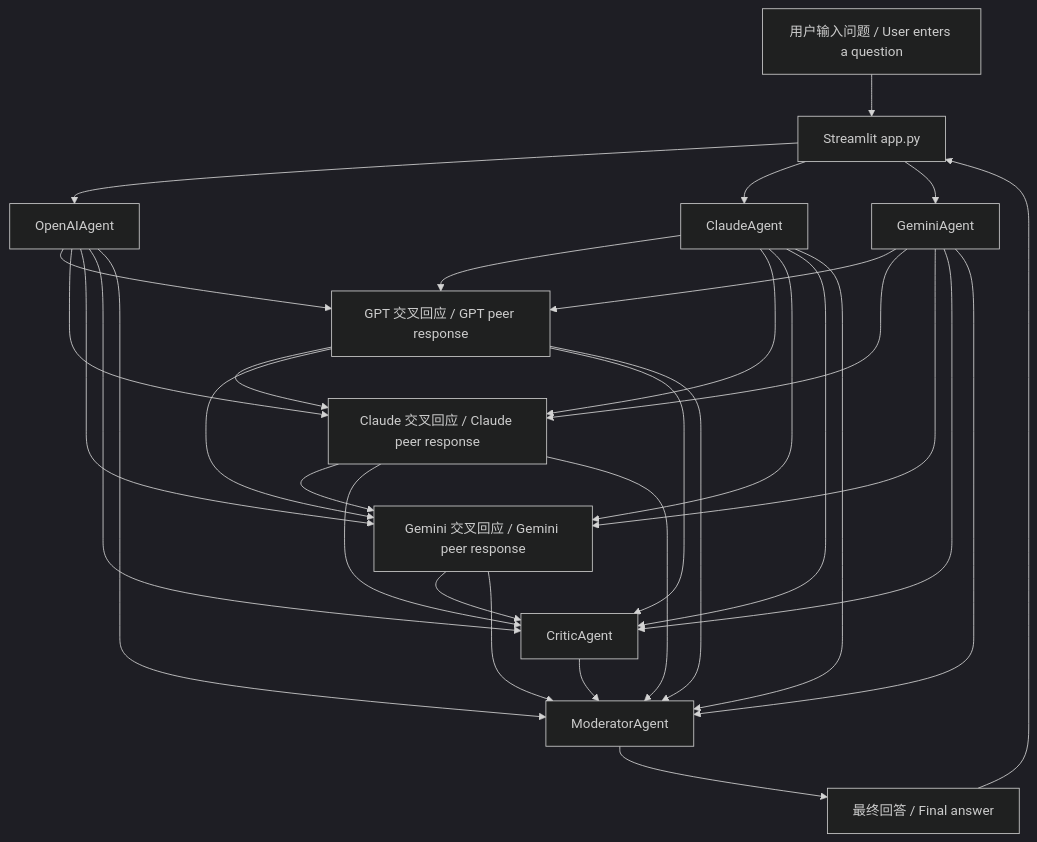
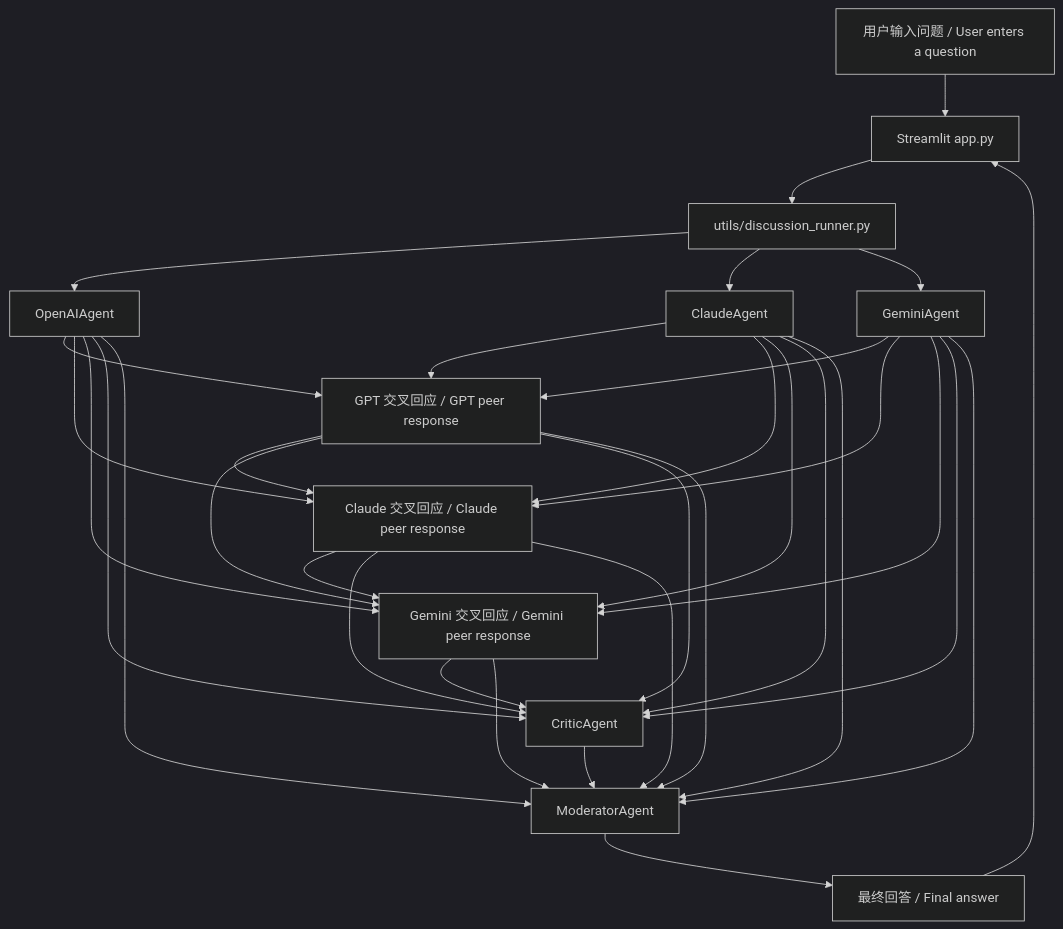
One commit to ZihanWG/multi-ai-room changed the diagram in docs/ARCHITECTURE.md. Above: the diagram before and after it, drawn with Mermaid (dark theme). The commit also changed other lines of this file and 23 other files, not shown here.

````diff
--- a/docs/ARCHITECTURE.md
+++ b/docs/ARCHITECTURE.md
@@ -16,34 +18,35 @@
 ```mermaid
 flowchart TD
     User["用户输入问题 / User enters a question"] --> UI["Streamlit app.py"]
-    UI --> GPT["OpenAIAgent"]
-    UI --> Claude["ClaudeAgent"]
-    UI --> Gemini["GeminiAgent"]
+    UI --> Runner["utils/discussion_runner.py"]
+    Runner --> GPT["OpenAIAgent"]
+    Runner --> Claude["ClaudeAgent"]
+    Runner --> Gemini["GeminiAgent"]
     GPT --> GPTRound["GPT 交叉回应 / GPT peer response"]
     Claude --> GPTRound
     Gemini --> GPTRound
     GPT --> ClaudeRound["Claude 交叉回应 / Claude peer response"]
     Claude --> ClaudeRound
     Gemini --> ClaudeRound
     GPTRound --> ClaudeRound
     GPT --> GeminiRound["Gemini 交叉回应 / Gemini peer response"]
     Claude --> GeminiRound
     Gemini --> GeminiRound
     GPTRound --> GeminiRound
     ClaudeRound --> GeminiRound
     GPT --> Critic["CriticAgent"]
     Claude --> Critic
     Gemini --> Critic
     GPTRound --> Critic
     ClaudeRound --> Critic
     GeminiRound --> Critic
     GPT --> Moderator["ModeratorAgent"]
     Claude --> Moderator
     Gemini --> Moderator
     GPTRound --> Moderator
     ClaudeRound --> Moderator
     GeminiRound --> Moderator
     Critic --> Moderator
     Moderator --> Result["最终回答 / Final answer"]
     Result --> UI
 ```
````
